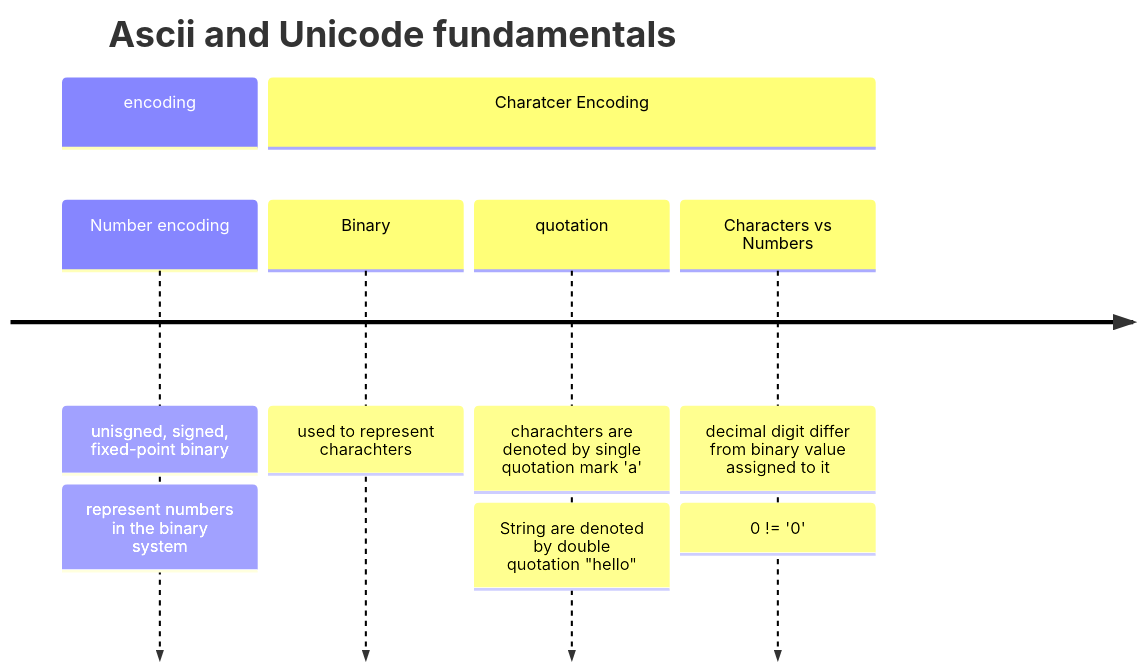
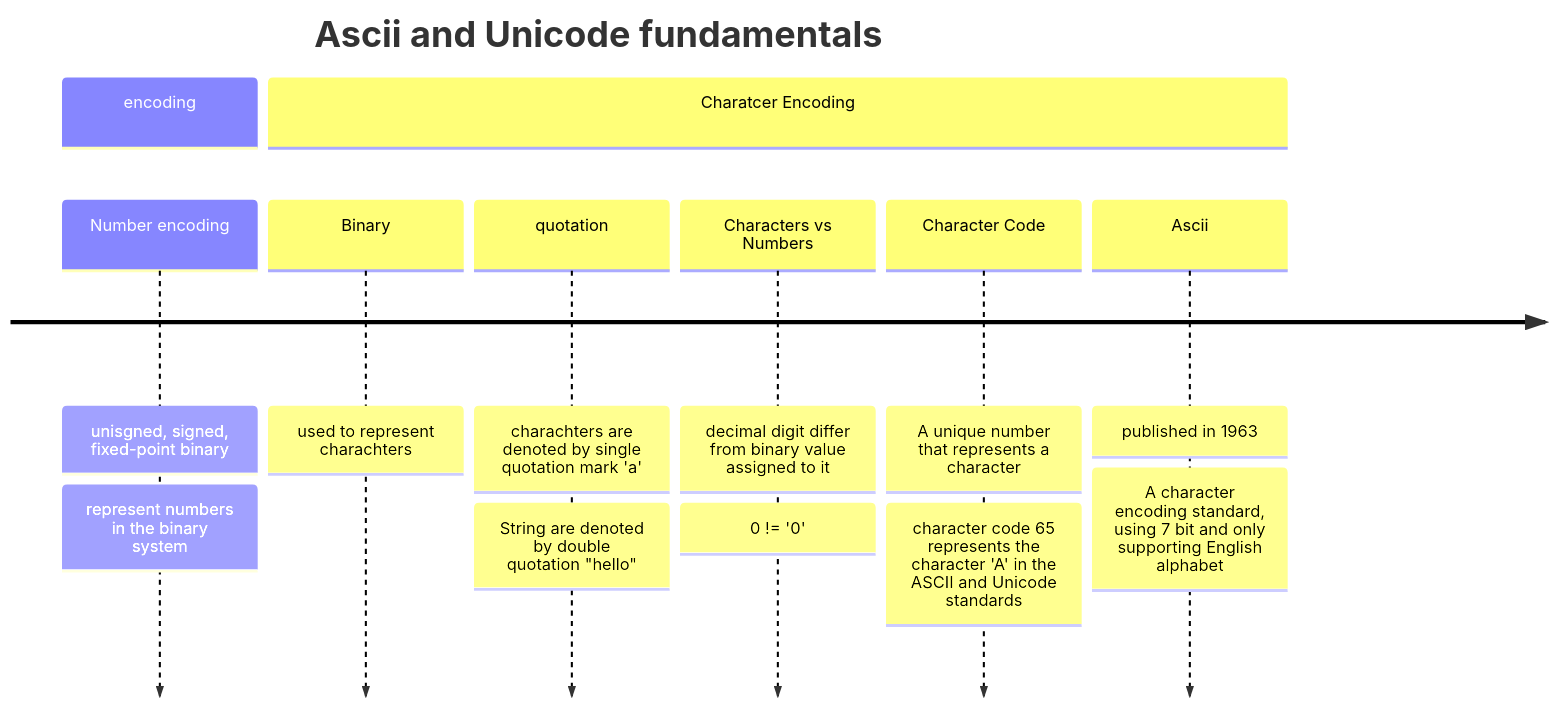
The diagram in 2023_Notes/week06-12_november/ascii_and_unicode.md (Marius-PA/ComputerScienceNotes), drawn with Mermaid before and after one commit.

````diff
--- a/2023_Notes/week06-12_november/ascii_and_unicode.md
+++ b/2023_Notes/week06-12_november/ascii_and_unicode.md
@@ -54,13 +54,15 @@
 ```mermaid
 timeline
     title Ascii and Unicode fundamentals
     section encoding
         Number encoding : unisgned, signed, fixed-point binary
                         : represent numbers in the binary system
         section Charatcer Encoding
                         Binary : used to represent charachters
                         quotation : charachters are denoted by single quotation mark 'a'
                                   : String are denoted by double quotation "hello"
-                        Characters vs Numbers : decimal digit differ from binary value assigned to it : 0 != '0'
+                        Characters vs Numbers : decimal digit differ from binary value  assigned to it : 0 != '0'
+                        Character Code : A unique number that represents a character : character code 65 represents the character 'A' in the ASCII and Unicode standards
+    Ascii : published in 1963 : A character encoding standard, using 7 bit and only supporting English alphabet
 
 ```
````
